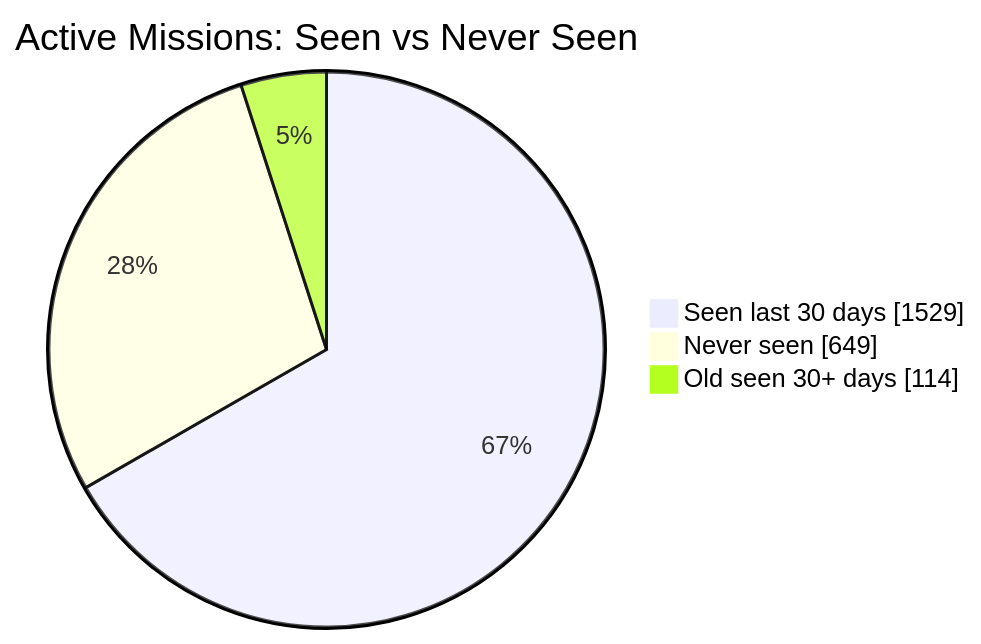
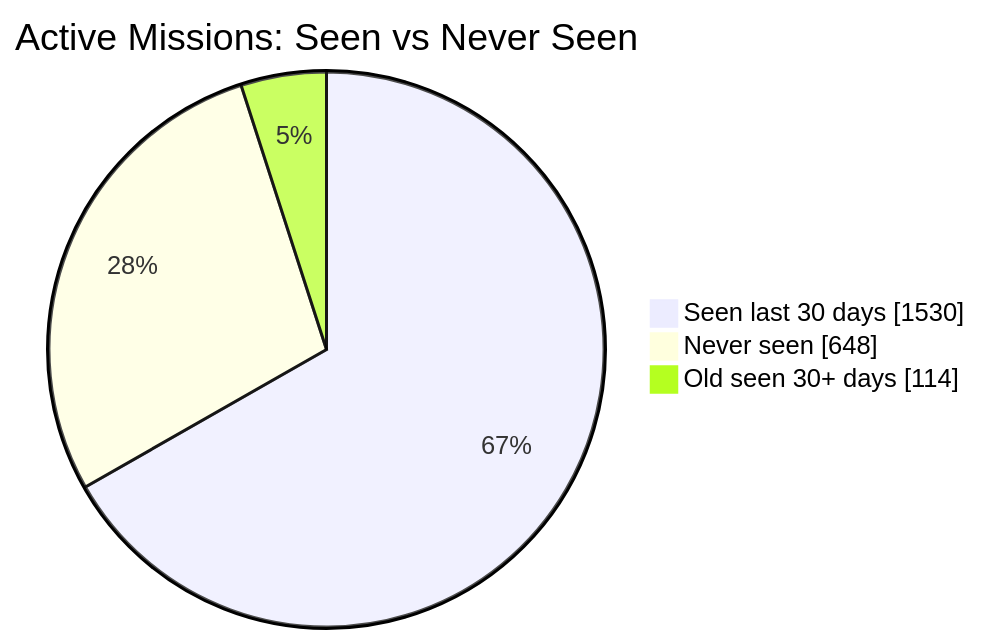
Before and after one commit to MeldkamerspelGameTeam/active-missions: the first of 2 diagrams in README.md, drawn with Mermaid. The commit also changed other lines of this file and 2 other files, not shown here.

````diff
--- a/README.md
+++ b/README.md
@@ -34,7 +34,7 @@
 ```mermaid
 pie showData
     title Active Missions: Seen vs Never Seen
-    "Seen last 30 days" : 1529
-    "Never seen" : 649
+    "Seen last 30 days" : 1530
+    "Never seen" : 648
     "Old seen 30+ days" : 114
 ```
````
